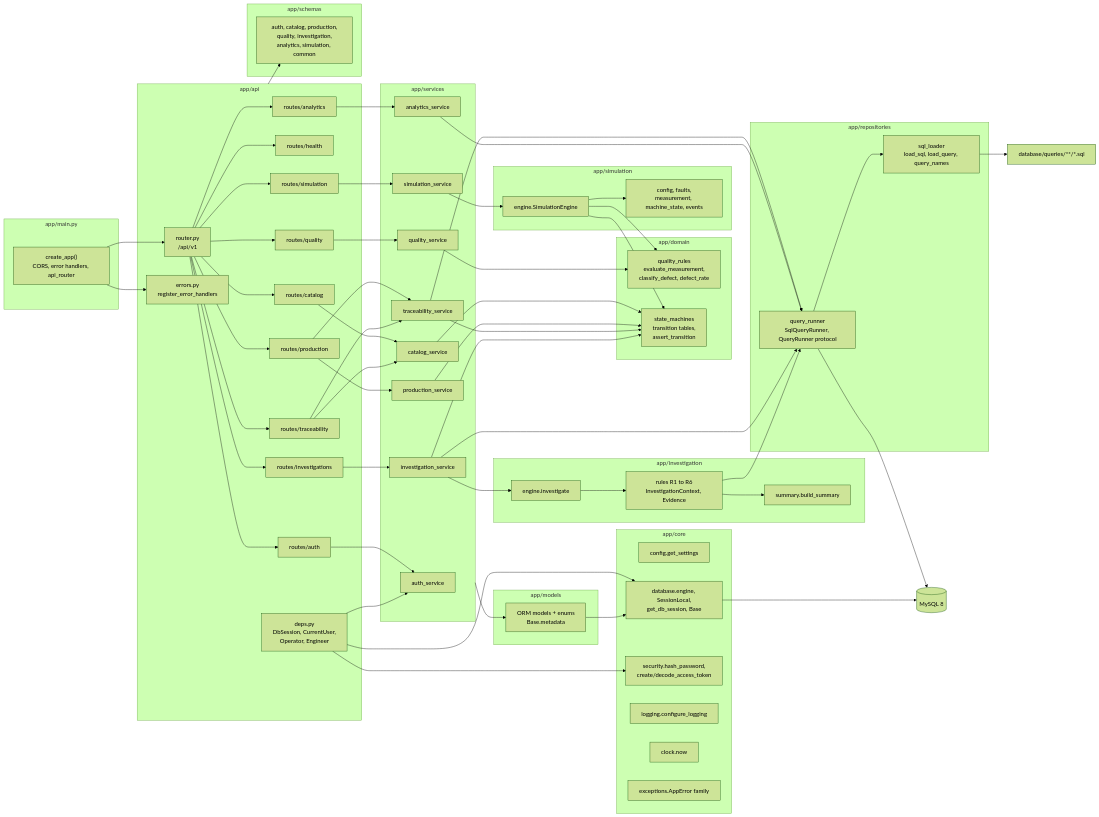
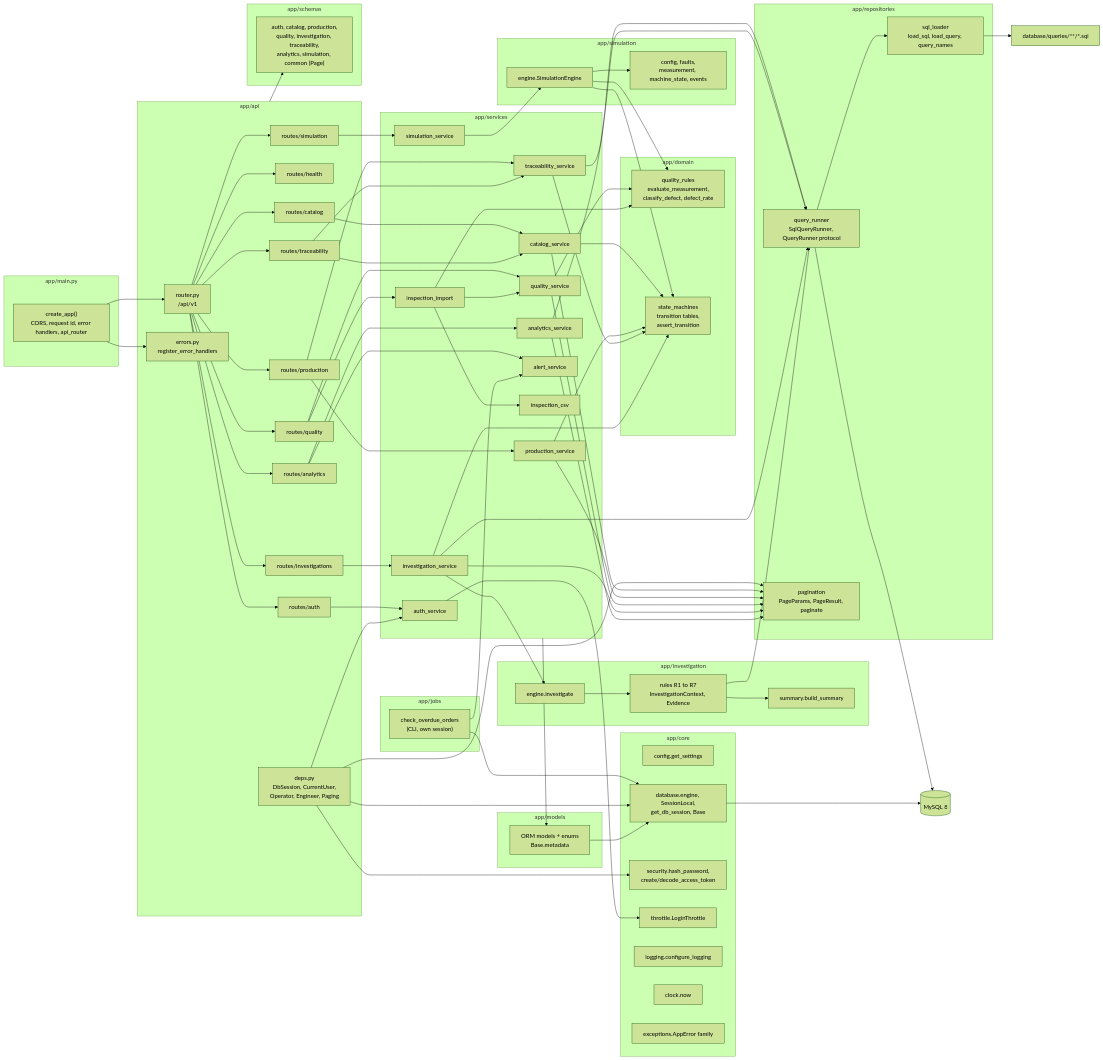
The diagram in docs/media/diagrams/backend-components.mmd (shritej6/factory-sherlock), drawn with Mermaid (forest theme) before and after one commit. The commit also changed 7 other files, not shown here.

Commit message:
docs(architecture): describe pagination, import, overdue alerts, R7, throttle, and the e2e layer

```diff
--- a/docs/media/diagrams/backend-components.mmd
+++ b/docs/media/diagrams/backend-components.mmd
@@ -1,103 +1,117 @@
 %% Backend component diagram for Factory Sherlock (backend/app).
 %% Embedded in docs/architecture/component-design.md; keep both copies in sync.
 flowchart LR
     subgraph main["app/main.py"]
-        App["create_app()<br/>CORS, error handlers, api_router"]
+        App["create_app()<br/>CORS, request id, error handlers, api_router"]
+    end
+
+    subgraph jobs["app/jobs"]
+        J1["check_overdue_orders<br/>(CLI, own session)"]
     end
 
     subgraph api["app/api"]
         Router["router.py<br/>/api/v1"]
-        Deps["deps.py<br/>DbSession, CurrentUser,<br/>Operator, Engineer"]
+        Deps["deps.py<br/>DbSession, CurrentUser,<br/>Operator, Engineer, Paging"]
         ErrH["errors.py<br/>register_error_handlers"]
         R1["routes/health"]
         R2["routes/auth"]
         R3["routes/catalog"]
         R4["routes/production"]
         R5["routes/quality"]
         R6["routes/investigations"]
         R7["routes/traceability"]
         R8["routes/analytics"]
         R9["routes/simulation"]
     end
 
     subgraph schemas["app/schemas"]
-        Sch["auth, catalog, production,<br/>quality, investigation,<br/>analytics, simulation, common"]
+        Sch["auth, catalog, production,<br/>quality, investigation, traceability,<br/>analytics, simulation, common (Page)"]
     end
 
     subgraph services["app/services"]
         S1["auth_service"]
         S2["catalog_service"]
         S3["production_service"]
         S4["quality_service"]
         S5["traceability_service"]
         S6["investigation_service"]
         S7["analytics_service"]
         S8["simulation_service"]
+        S9["alert_service"]
+        S10["inspection_import"]
+        S11["inspection_csv"]
     end
 
     subgraph domain["app/domain"]
         D1["quality_rules<br/>evaluate_measurement,<br/>classify_defect, defect_rate"]
         D2["state_machines<br/>transition tables,<br/>assert_transition"]
     end
 
     subgraph simulation["app/simulation"]
         SimE["engine.SimulationEngine"]
         SimC["config, faults,<br/>measurement, machine_state, events"]
     end
 
     subgraph investigation["app/investigation"]
         IE["engine.investigate"]
-        IR["rules R1 to R6<br/>InvestigationContext, Evidence"]
+        IR["rules R1 to R7<br/>InvestigationContext, Evidence"]
         IS["summary.build_summary"]
     end
 
     subgraph repos["app/repositories"]
         QL["sql_loader<br/>load_sql, load_query, query_names"]
         QR["query_runner<br/>SqlQueryRunner, QueryRunner protocol"]
+        PG["pagination<br/>PageParams, PageResult, paginate"]
     end
 
     subgraph models["app/models"]
         M["ORM models + enums<br/>Base.metadata"]
     end
 
     subgraph core["app/core"]
         C1["config.get_settings"]
         C2["database.engine, SessionLocal,<br/>get_db_session, Base"]
         C3["security.hash_password,<br/>create/decode_access_token"]
+        C7["throttle.LoginThrottle"]
         C4["logging.configure_logging"]
         C6["clock.now"]
         C5["exceptions.AppError family"]
     end
 
     SQLF["database/queries/**/*.sql"]
     DB[("MySQL 8")]
 
     App --> Router
     App --> ErrH
     Router --> R1 & R2 & R3 & R4 & R5 & R6 & R7 & R8 & R9
     R2 --> S1
     R3 --> S2
     R4 --> S3 & S5
-    R5 --> S4
+    R5 --> S4 & S10
     R6 --> S6
     R7 --> S5 & S2
-    R8 --> S7
+    R8 --> S7 & S9
     R9 --> S8
+    J1 --> S9
+    J1 --> C2
     api --> Deps
-    Deps --> C2 & C3 & S1
+    Deps --> C2 & C3 & S1 & PG
     api --> Sch
+    S1 --> C7
+    S10 --> S11 & S4
     S2 & S3 & S5 & S6 --> D2
-    S4 --> D1
+    S4 & S10 --> D1
     S6 --> IE
     IE --> IR --> IS
     S8 --> SimE
     SimE --> SimC
     SimE --> D1 & D2
     S5 & S7 & S6 --> QR
+    S2 & S3 & S4 & S6 & S7 --> PG
     IR --> QR
     QR --> QL
     QL --> SQLF
     services --> M
     M --> C2
     C2 --> DB
     QR --> DB
```
